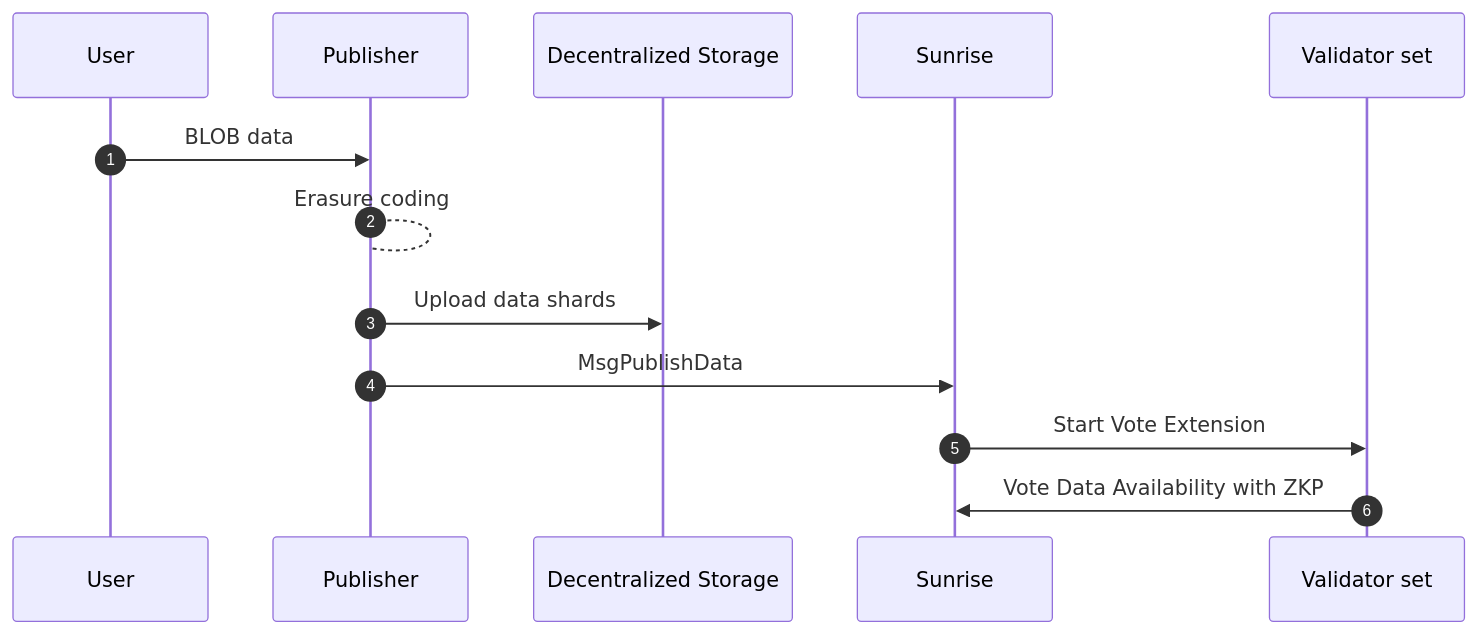
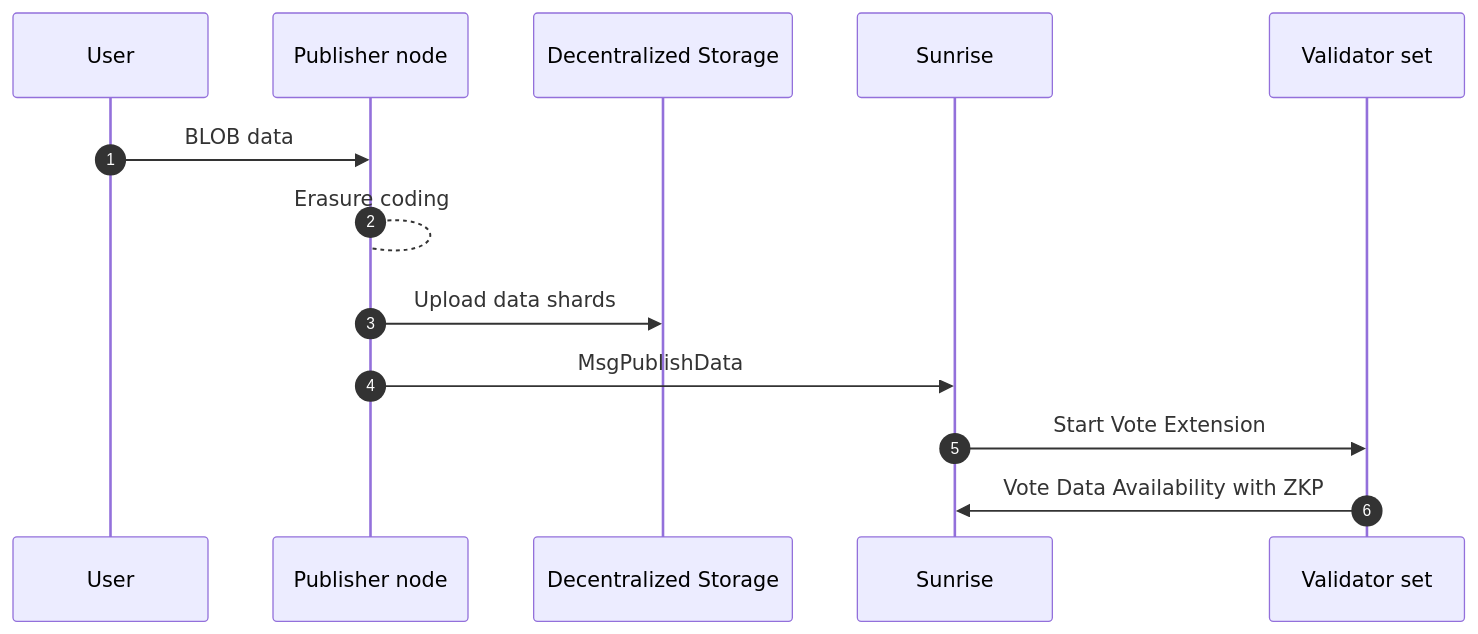
Before and after one commit to sunriselayer/gitbook: the diagram in learn/sunrise/blob.md, drawn with Mermaid. The commit also changed other lines of this file, not shown here.

````diff
--- a/learn/sunrise/blob.md
+++ b/learn/sunrise/blob.md
@@ -85,10 +85,10 @@
 ```mermaid
 sequenceDiagram
     autonumber
-    User ->> Publisher: BLOB data
-    Publisher --> Publisher: Erasure coding
-    Publisher ->> Decentralized Storage: Upload data shards
-    Publisher ->> Sunrise: MsgPublishData
+    User ->> Publisher node: BLOB data
+    Publisher node --> Publisher node: Erasure coding
+    Publisher node ->> Decentralized Storage: Upload data shards
+    Publisher node ->> Sunrise: MsgPublishData
     Sunrise ->> Validator set: Start Vote Extension
     Validator set ->> Sunrise: Vote Data Availability with ZKP
 ```
````
